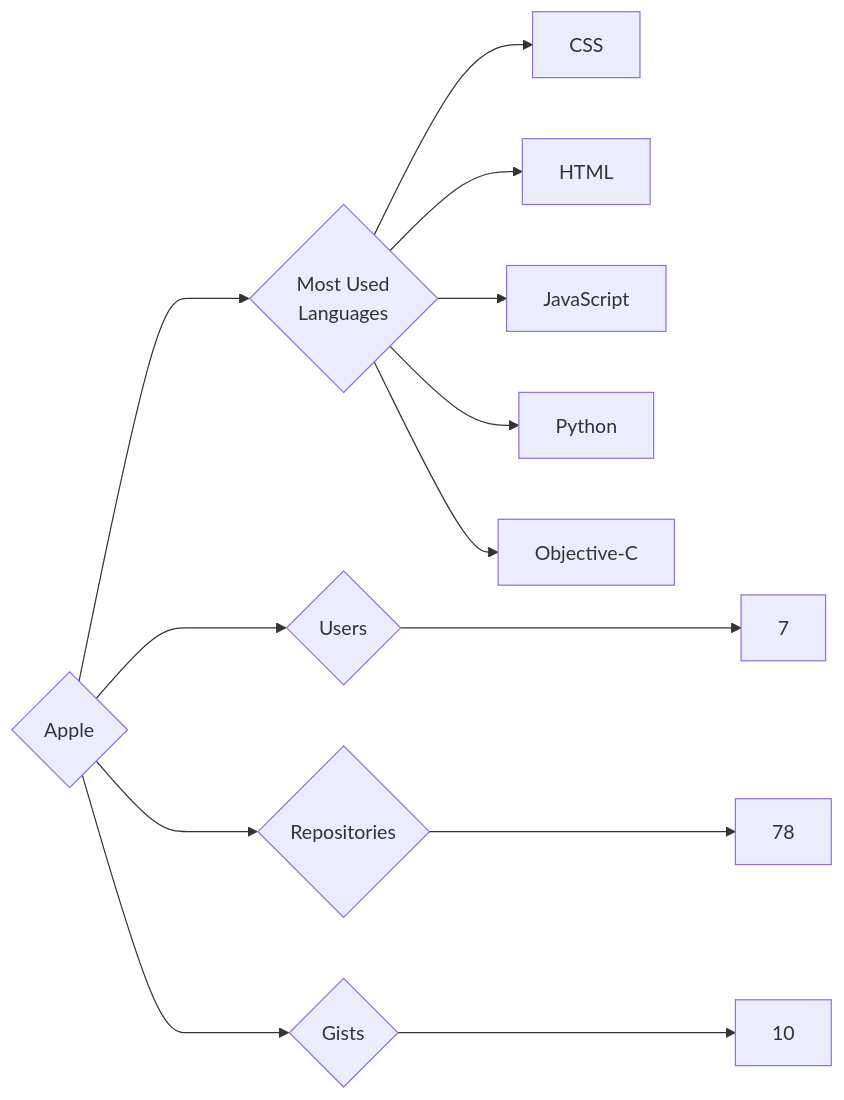
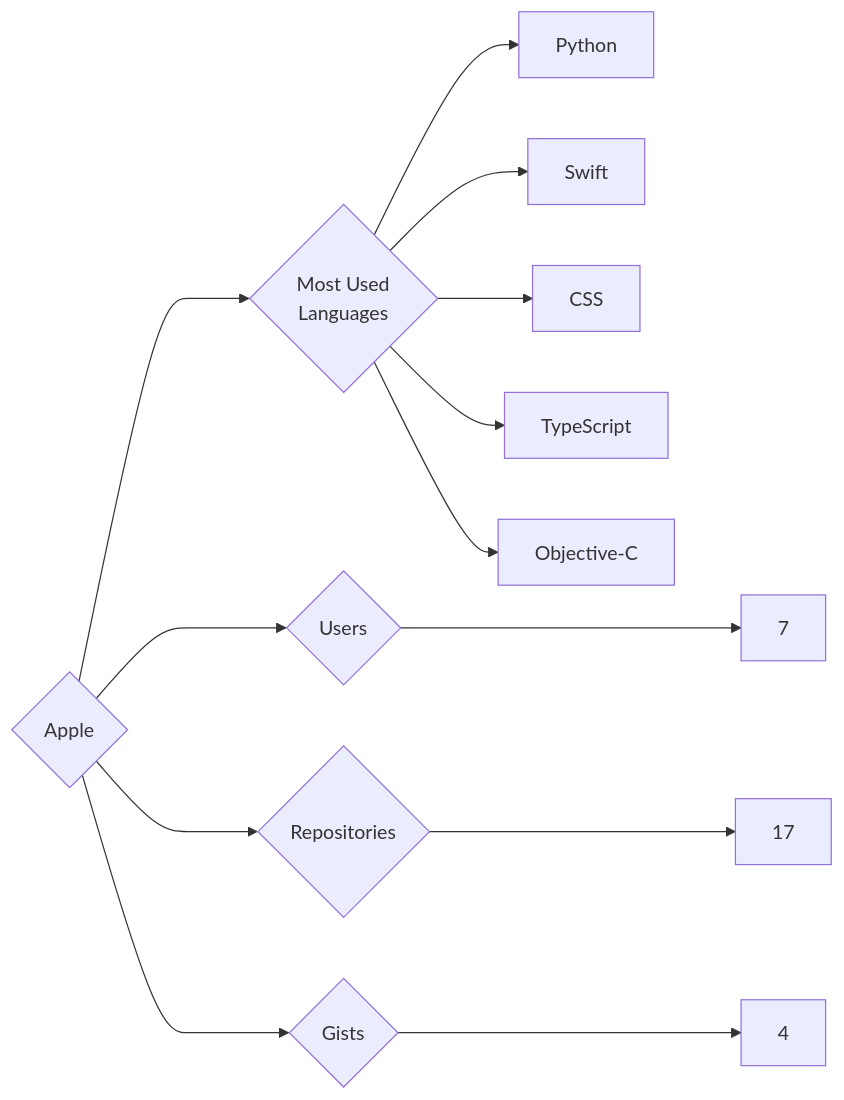
The diagram in targets/Apple/README.md (trickest/insiders), drawn with Mermaid before and after one commit. The commit also changed 1141 other files, not shown here.

````diff
--- a/targets/Apple/README.md
+++ b/targets/Apple/README.md
@@ -3,13 +3,13 @@
 ```mermaid
 graph LR
 COMPANY_NAME{Apple}
 COMPANY_NAME ---> U{Users} ---> UN[7]
-COMPANY_NAME ---> R{Repositories} ---> RN[78]
-COMPANY_NAME ---> G{Gists} ---> GN[10]
+COMPANY_NAME ---> R{Repositories} ---> RN[17]
+COMPANY_NAME ---> G{Gists} ---> GN[4]
 COMPANY_NAME ---> ML{Most Used<br>Languages}
+ML --> Python[Python]
+ML --> Swift[Swift]
 ML --> CSS[CSS]
-ML --> HTML[HTML]
-ML --> JavaScript[JavaScript]
-ML --> Python[Python]
+ML --> TypeScript[TypeScript]
 ML --> Objective-C[Objective-C]
 ```
````
